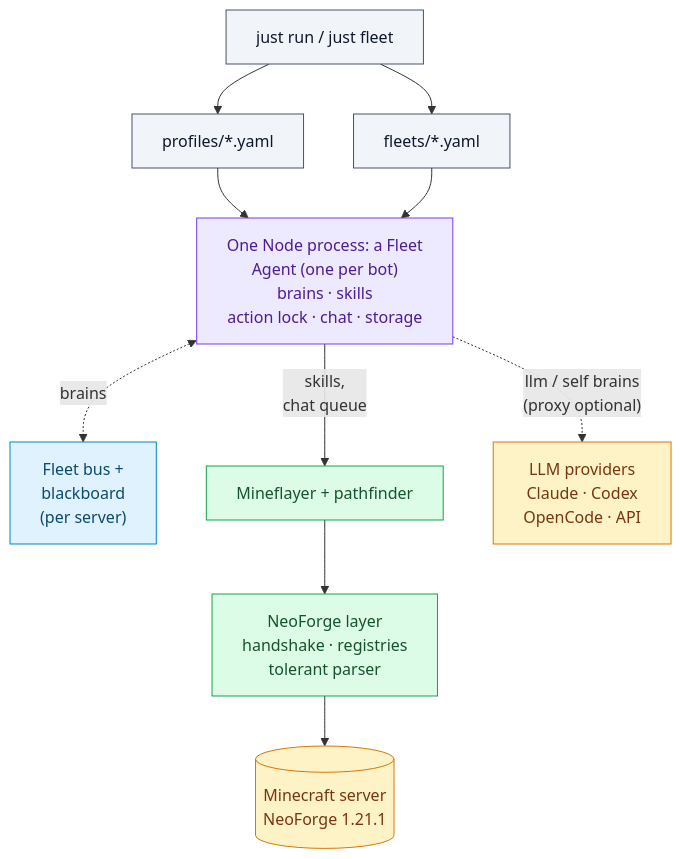
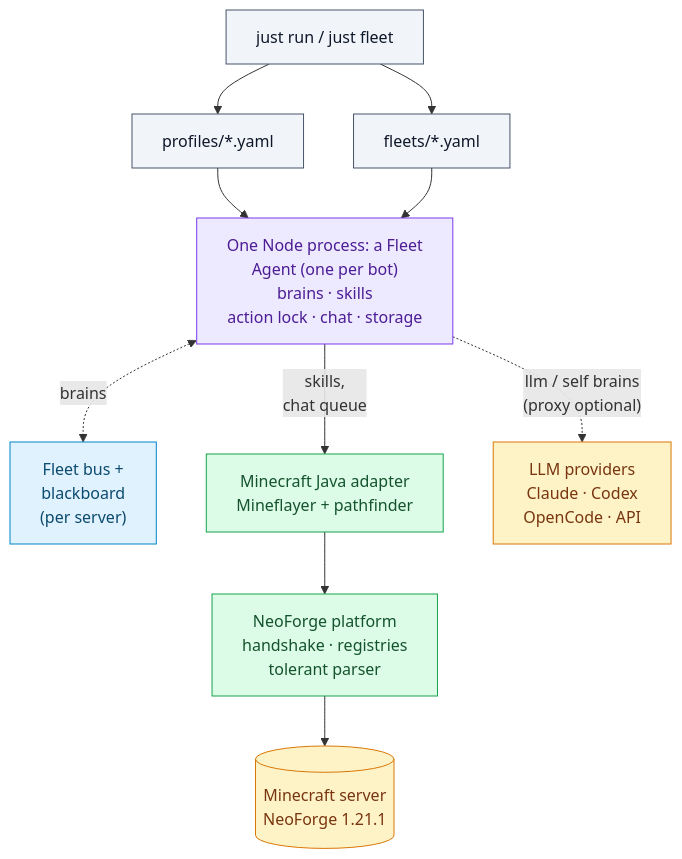
Before and after one commit to thereisnotime/golemkit: the first of 4 diagrams in docs/concepts/architecture.md, drawn with Mermaid. The commit also changed other lines of this file and 8 other files, not shown here.

First line of the commit message:
Docs for the adapter split: adapters page, scope counts, architecture, roadmap

````diff
--- a/docs/concepts/architecture.md
+++ b/docs/concepts/architecture.md
@@ -19,24 +20,24 @@
 ```mermaid
 flowchart TB
   CLI["just run / just fleet"]
   CLI --> PROF["profiles/*.yaml"] & FLEET["fleets/*.yaml"]
   AG["One Node process: a Fleet<br/>Agent (one per bot)<br/>brains · skills<br/>action lock · chat · storage"]
   BUS["Fleet bus +<br/>blackboard<br/>(per server)"]
   PROF & FLEET --> AG
   AG <-.->|"brains"| BUS
-  AG -->|"skills,<br/>chat queue"| MF["Mineflayer + pathfinder"]
+  AG -->|"skills,<br/>chat queue"| MF["Minecraft Java adapter<br/>Mineflayer + pathfinder"]
   AG -.->|"llm / self brains<br/>(proxy optional)"| LLM["LLM providers<br/>Claude · Codex<br/>OpenCode · API"]
-  MF --> NF["NeoForge layer<br/>handshake · registries<br/>tolerant parser"]
+  MF --> NF["NeoForge platform<br/>handshake · registries<br/>tolerant parser"]
   NF --> SRV[("Minecraft server<br/>NeoForge 1.21.1")]
   classDef run fill:#f1f5f9,stroke:#475569,color:#0f172a
   classDef brain fill:#ede9fe,stroke:#7c3aed,color:#4c1d95
   classDef lock fill:#fee2e2,stroke:#dc2626,color:#7f1d1d
   classDef skill fill:#e0f2fe,stroke:#0284c7,color:#0c4a6e
   classDef lib fill:#dcfce7,stroke:#16a34a,color:#14532d
   classDef ext fill:#fef3c7,stroke:#d97706,color:#78350f
   class CLI,PROF,FLEET run
   class AG brain
   class BUS skill
   class MF,NF lib
   class LLM,SRV ext
 ```
````
